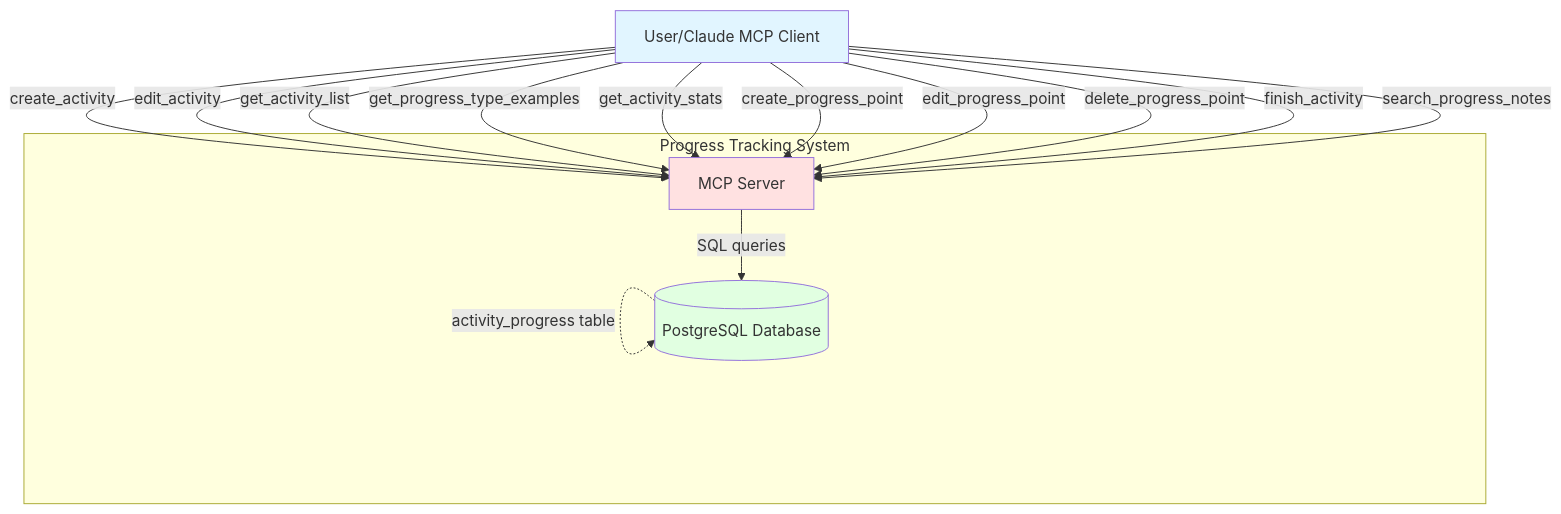
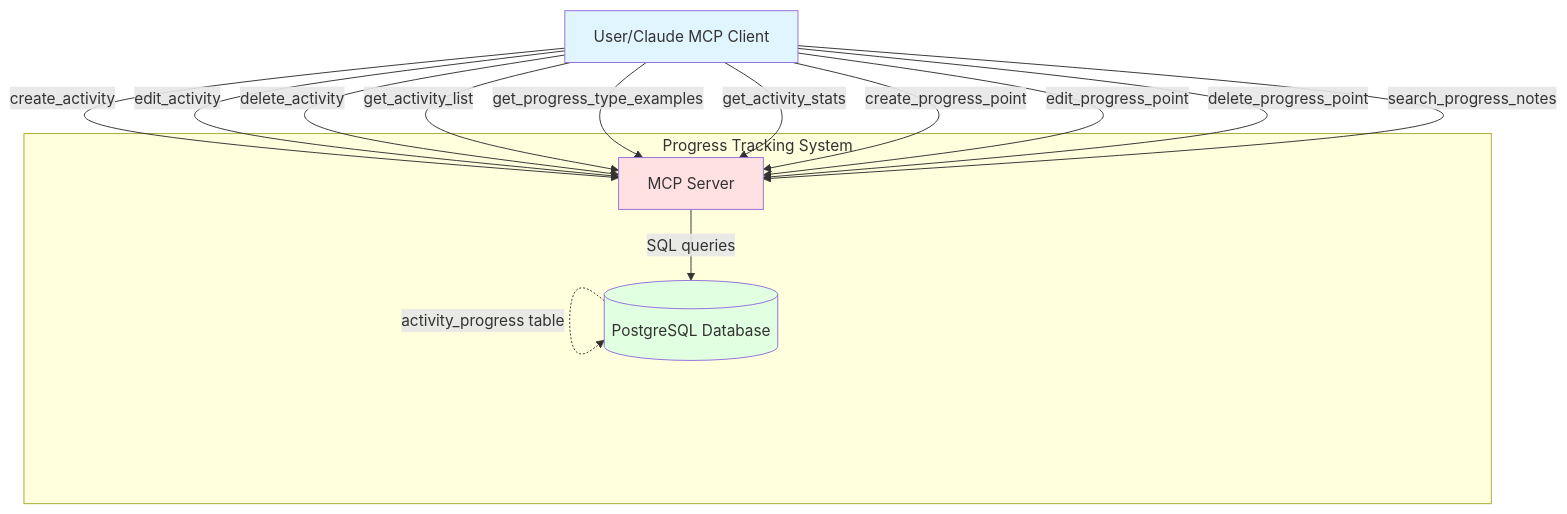
Before and after one commit to rusinikita/personal: the second of 4 diagrams in docs/functions/progress-spec.md, drawn with Mermaid. The commit also changed other lines of this file and 16 other files, not shown here.

First line of the commit message:
feat(progress): add activity status/deferred_until, replace finish_activity with delete_activity

````diff
--- a/docs/functions/progress-spec.md
+++ b/docs/functions/progress-spec.md
@@ -70,30 +79,30 @@
 ```mermaid
 graph TB
     User[User/Claude MCP Client]
 
     subgraph "Progress Tracking System"
         MCP[MCP Server]
         DB[(PostgreSQL Database)]
 
         MCP -->|SQL queries| DB
     end
 
     User -->|create_activity| MCP
     User -->|edit_activity| MCP
+    User -->|delete_activity| MCP
     User -->|get_activity_list| MCP
     User -->|get_progress_type_examples| MCP
     User -->|get_activity_stats| MCP
     User -->|create_progress_point| MCP
     User -->|edit_progress_point| MCP
     User -->|delete_progress_point| MCP
-    User -->|finish_activity| MCP
     User -->|search_progress_notes| MCP
 
     DB -.->|life_parts table| DB
     DB -.->|activities table| DB
     DB -.->|activity_progress table| DB
 
     style User fill:#e1f5ff
     style MCP fill:#ffe1e1
     style DB fill:#e1ffe1
 ```
````
